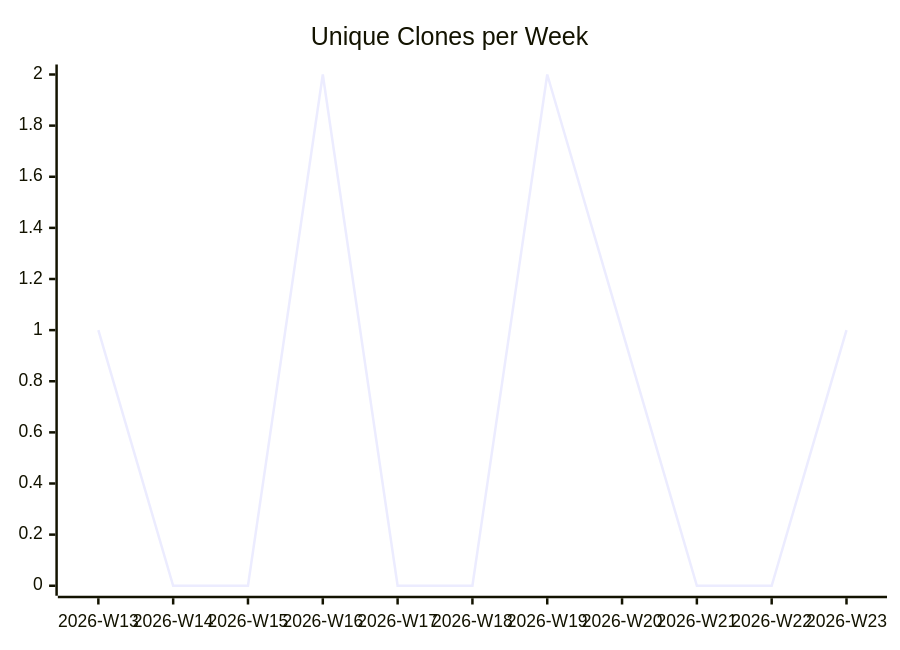
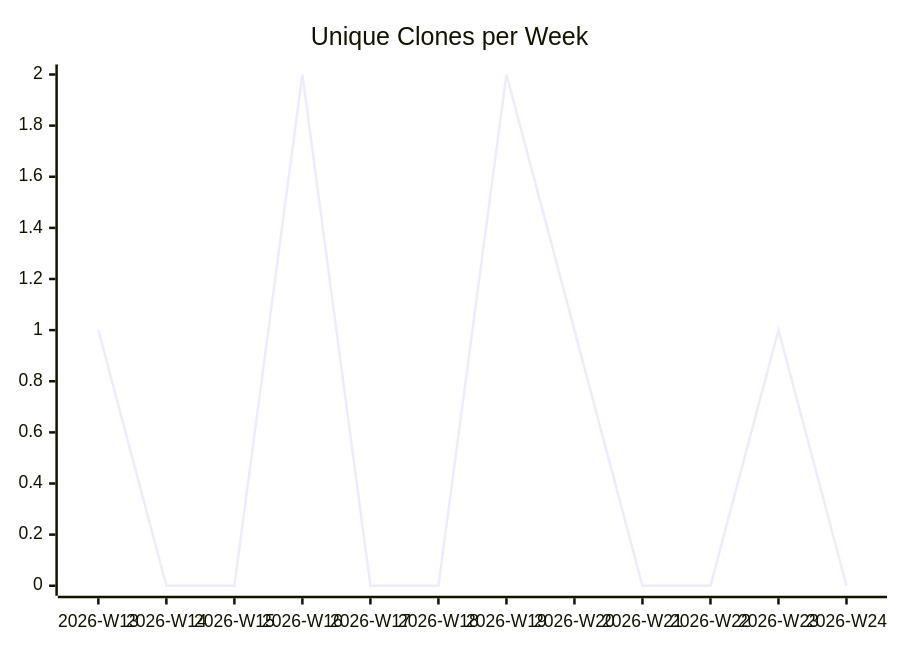
One commit to justdavis-family/github-analytics-data changed the third of 3 diagrams in karlmdavis/datanucleus-test-jdo-1-to-n/README.md. Above: the diagram before and after it, drawn with Mermaid. The commit also changed other lines of this file and 189 other files, not shown here.

````diff
--- a/karlmdavis/datanucleus-test-jdo-1-to-n/README.md
+++ b/karlmdavis/datanucleus-test-jdo-1-to-n/README.md
@@ -19,6 +19,6 @@
 ```mermaid
 xychart-beta
   title "Unique Clones per Week"
-  x-axis ["2026-W13", "2026-W14", "2026-W15", "2026-W16", "2026-W17", "2026-W18", "2026-W19", "2026-W20", "2026-W21", "2026-W22", "2026-W23"]
-  line [1, 0, 0, 2, 0, 0, 2, 1, 0, 0, 1]
+  x-axis ["2026-W13", "2026-W14", "2026-W15", "2026-W16", "2026-W17", "2026-W18", "2026-W19", "2026-W20", "2026-W21", "2026-W22", "2026-W23", "2026-W24"]
+  line [1, 0, 0, 2, 0, 0, 2, 1, 0, 0, 1, 0]
 ```
````
